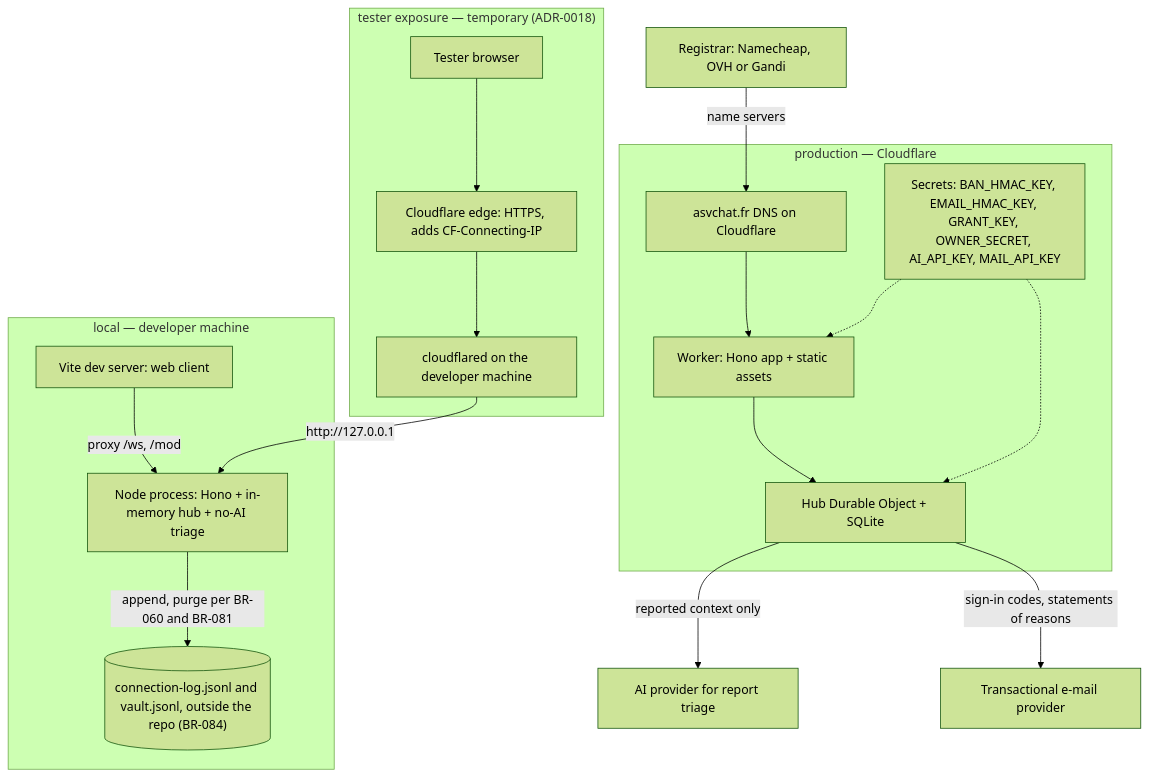
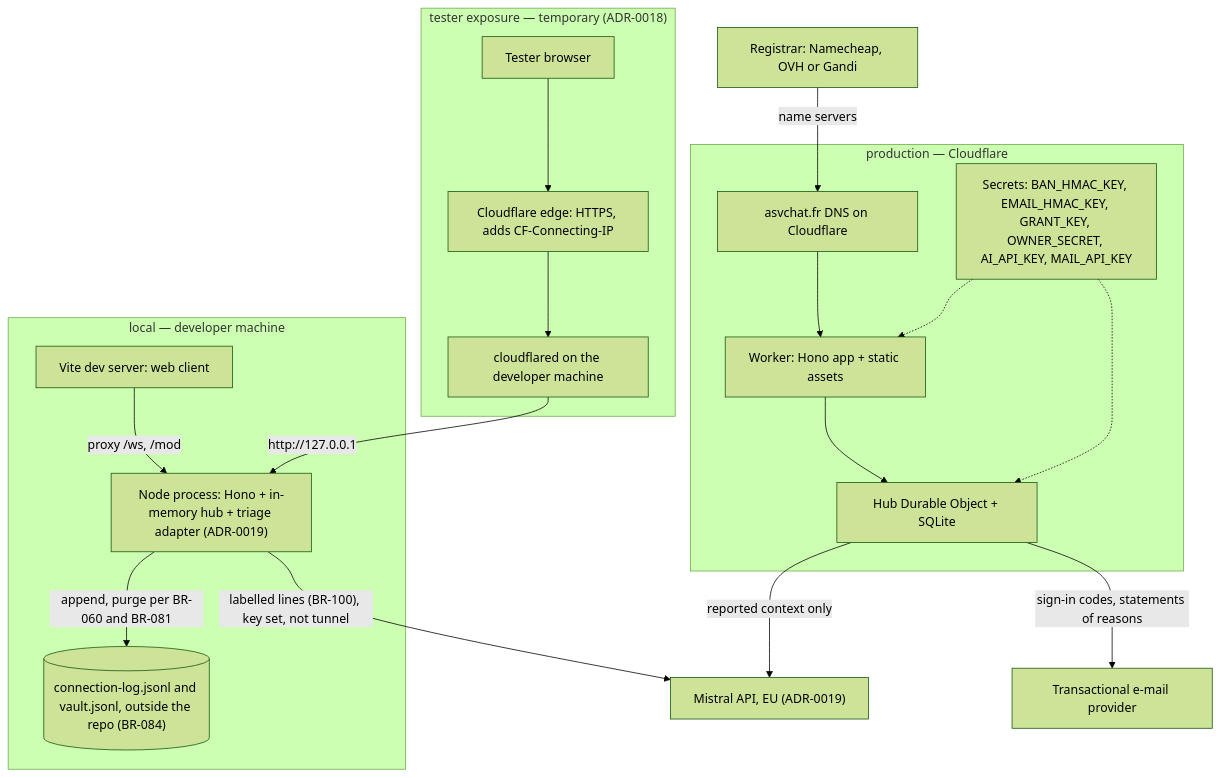
Before and after one commit to benoit-bremaud/asv: the diagram in docs/architecture/diagrams/platform/07-deployment.md, drawn with Mermaid (forest theme). The commit also changed 34 other files, not shown here.

First line of the commit message:
feat(moderation): AI triage of reports with Mistral (8c-1) (#228)

````diff
--- a/docs/architecture/diagrams/platform/07-deployment.md
+++ b/docs/architecture/diagrams/platform/07-deployment.md
@@ -15,34 +15,35 @@
 ```mermaid
 flowchart TB
   subgraph Dev ["local — developer machine"]
-    NodeProc["Node process: Hono + in-memory hub + no-AI triage"]
+    NodeProc["Node process: Hono + in-memory hub + triage adapter (ADR-0019)"]
     Vite["Vite dev server: web client"]
     Vite -->|"proxy /ws, /mod"| NodeProc
     LogFile[("connection-log.jsonl and vault.jsonl, outside the repo (BR-084)")]
     NodeProc -->|"append, purge per BR-060 and BR-081"| LogFile
   end
   subgraph Test ["tester exposure — temporary (ADR-0018)"]
     Tester["Tester browser"]
     Edge["Cloudflare edge: HTTPS, adds CF-Connecting-IP"]
     Cloudflared["cloudflared on the developer machine"]
     Tester --> Edge
     Edge --> Cloudflared
   end
   Cloudflared -->|"http://127.0.0.1"| NodeProc
   subgraph Prod ["production — Cloudflare"]
     DNS["asvchat.fr DNS on Cloudflare"]
     Worker["Worker: Hono app + static assets"]
     HubDO["Hub Durable Object + SQLite"]
     Secrets["Secrets: BAN_HMAC_KEY, EMAIL_HMAC_KEY, GRANT_KEY, OWNER_SECRET, AI_API_KEY, MAIL_API_KEY"]
     DNS --> Worker
     Worker --> HubDO
     Secrets -.-> Worker
     Secrets -.-> HubDO
   end
-  AI["AI provider for report triage"]
+  AI["Mistral API, EU (ADR-0019)"]
   Registrar["Registrar: Namecheap, OVH or Gandi"]
   Registrar -->|"name servers"| DNS
   HubDO -->|"reported context only"| AI
+  NodeProc -->|"labelled lines (BR-100), key set, not tunnel"| AI
   Mail["Transactional e-mail provider"]
   HubDO -->|"sign-in codes, statements of reasons"| Mail
 ```
````
